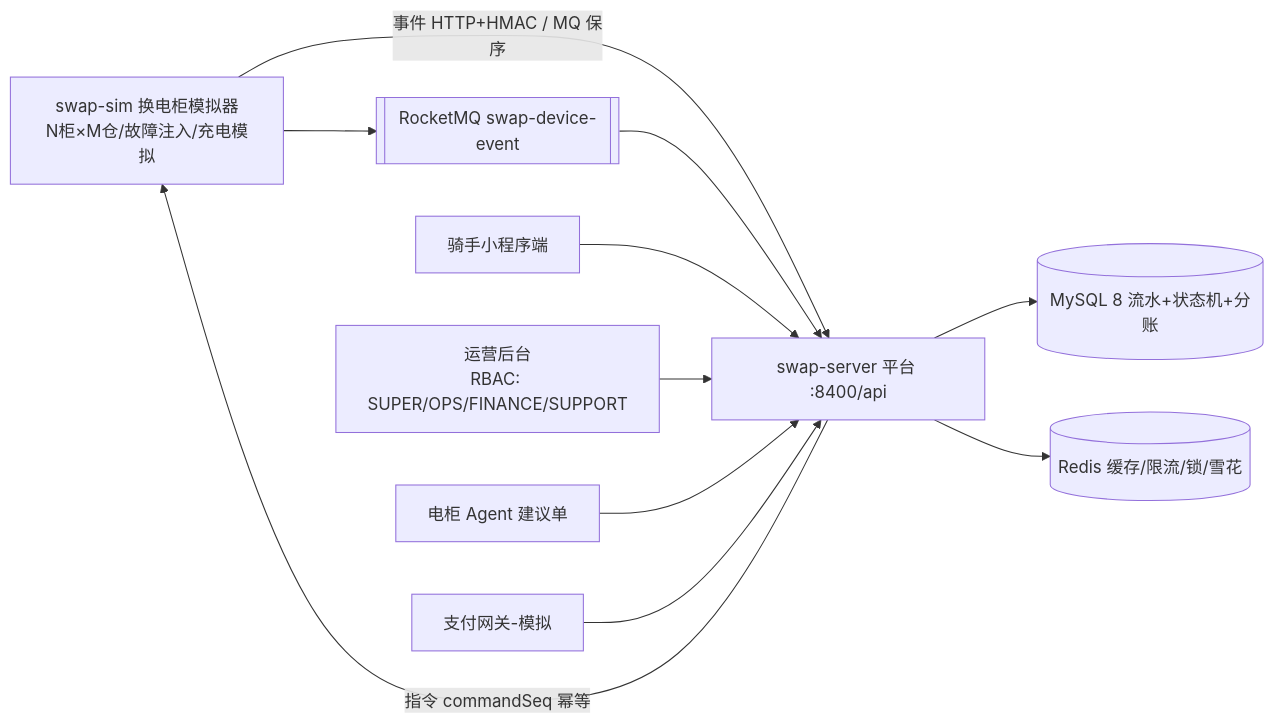
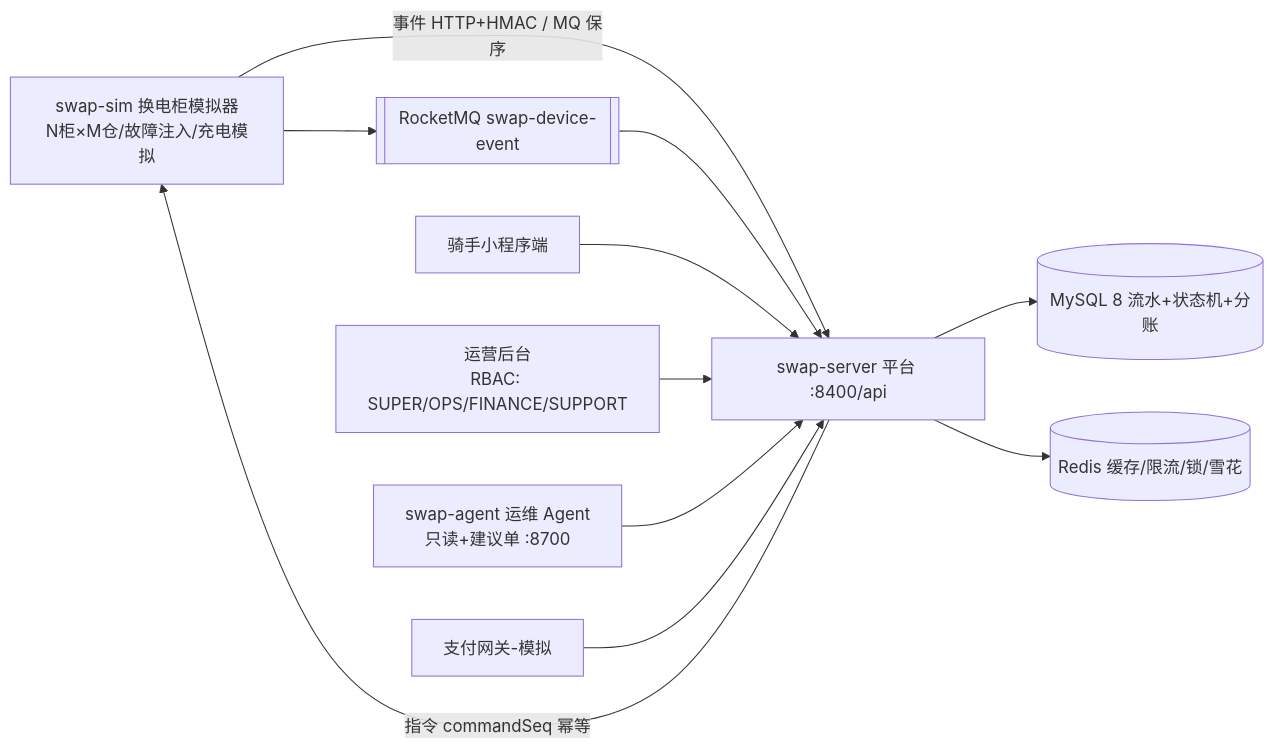
One commit to WhereLee/battery-swap-ops changed the diagram in README.md. Above: the diagram before and after it, drawn with Mermaid. The commit also changed other lines of this file and 31 other files, not shown here.

Commit message:
feat: S6 运维 Agent 最小版（批次27）：swap-agent 零依赖外部消费者（规则引擎 14 类映射/克制原则 + 评测集 20 题）+ _c31 31/31（建议单幂等→人工确认→工单+审计；反向断言杀 Agent 平台无恙）+ 四模块 CI 覆盖率摘要 + 文档回填；全量 436/436、SpotBugs=0、agent 覆盖率 86.2%

````diff
--- a/README.md
+++ b/README.md
@@ -21,13 +22,13 @@
 ```mermaid
 flowchart LR
     SIM[swap-sim 换电柜模拟器<br/>N柜×M仓/故障注入/充电模拟] -->|事件 HTTP+HMAC / MQ 保序| SERVER
     MQ[[RocketMQ swap-device-event]] --> SERVER
     SERVER[swap-server 平台 :8400/api] -->|指令 commandSeq 幂等| SIM
     USER[骑手小程序端] --> SERVER
     ADMIN[运营后台<br/>RBAC: SUPER/OPS/FINANCE/SUPPORT] --> SERVER
-    AGENT[电柜 Agent 建议单] --> SERVER
+    AGENT[swap-agent 运维 Agent<br/>只读+建议单 :8700] --> SERVER
     PAY[支付网关-模拟] --> SERVER
     SERVER --> DB[(MySQL 8 流水+状态机+分账)]
     SERVER --> RD[(Redis 缓存/限流/锁/雪花)]
     SIM --> MQ
 ```
````
